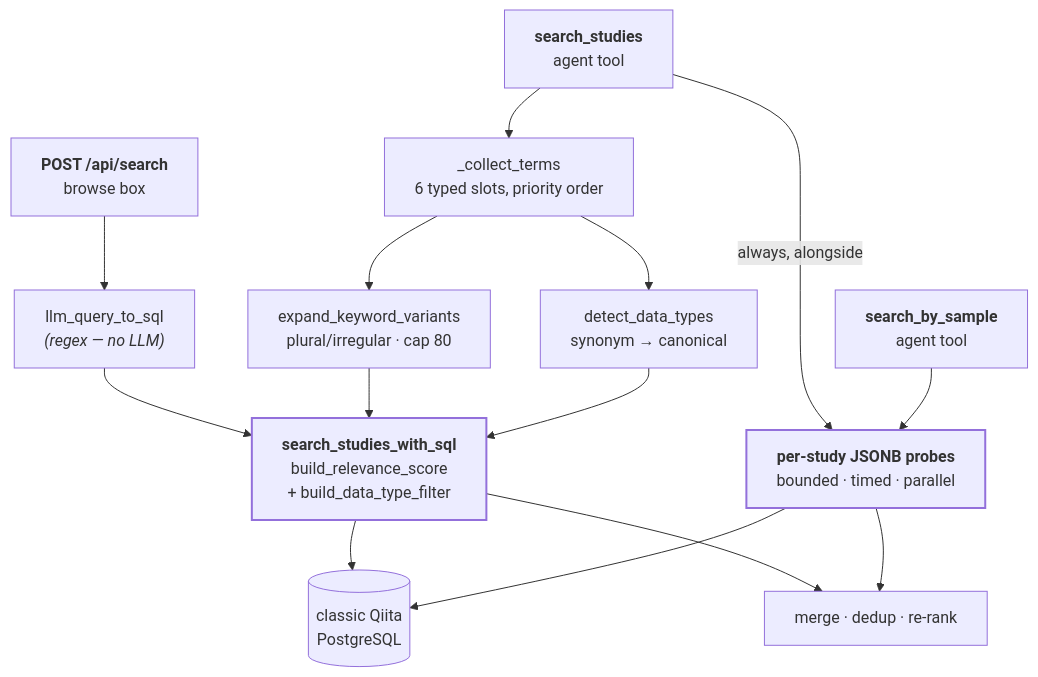
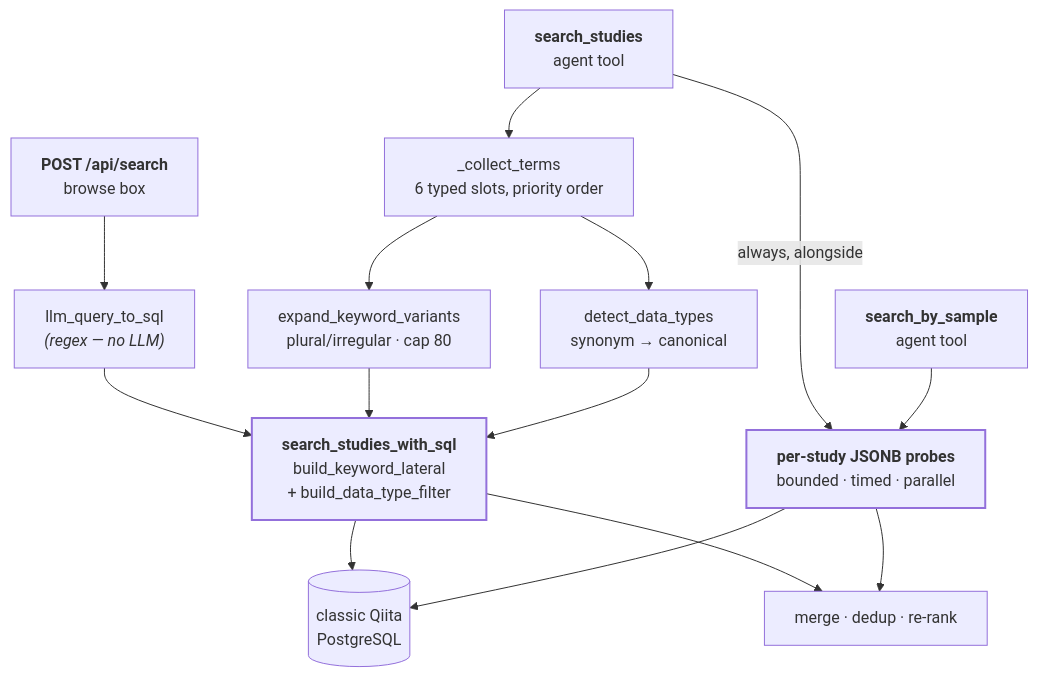
One commit to dhruvviveksharma/QiitaExplore changed the first of 2 diagrams in docs/04-search.md. Above: the diagram before and after it, drawn with Mermaid. The commit also changed other lines of this file and 101 other files, not shown here.

````diff
--- a/docs/04-search.md
+++ b/docs/04-search.md
@@ -27,29 +27,29 @@
 ```mermaid
 flowchart TB
     E1["<b>POST /api/search</b><br/>browse box"]
     E2["<b>search_studies</b><br/>agent tool"]
     E3["<b>search_by_sample</b><br/>agent tool"]
 
     P1["llm_query_to_sql<br/><i>(regex — no LLM)</i>"]
     P2["_collect_terms<br/>6 typed slots, priority order"]
     EX["expand_keyword_variants<br/>plural/irregular · cap 80"]
     DT["detect_data_types<br/>synonym → canonical"]
 
-    SQL["<b>search_studies_with_sql</b><br/>build_relevance_score<br/>+ build_data_type_filter"]
+    SQL["<b>search_studies_with_sql</b><br/>build_keyword_lateral<br/>+ build_data_type_filter"]
     PROBE["<b>per-study JSONB probes</b><br/>bounded · timed · parallel"]
     PG[("classic Qiita<br/>PostgreSQL")]
     MERGE["merge · dedup · re-rank"]
 
     E1 --> P1 --> SQL
     E2 --> P2 --> EX --> SQL
     P2 --> DT --> SQL
     E2 -->|always, alongside| PROBE
     E3 --> PROBE
     SQL --> PG
     PROBE --> PG
     SQL --> MERGE
     PROBE --> MERGE
 
     style SQL stroke-width:2px
     style PROBE stroke-width:2px
 ```
````
